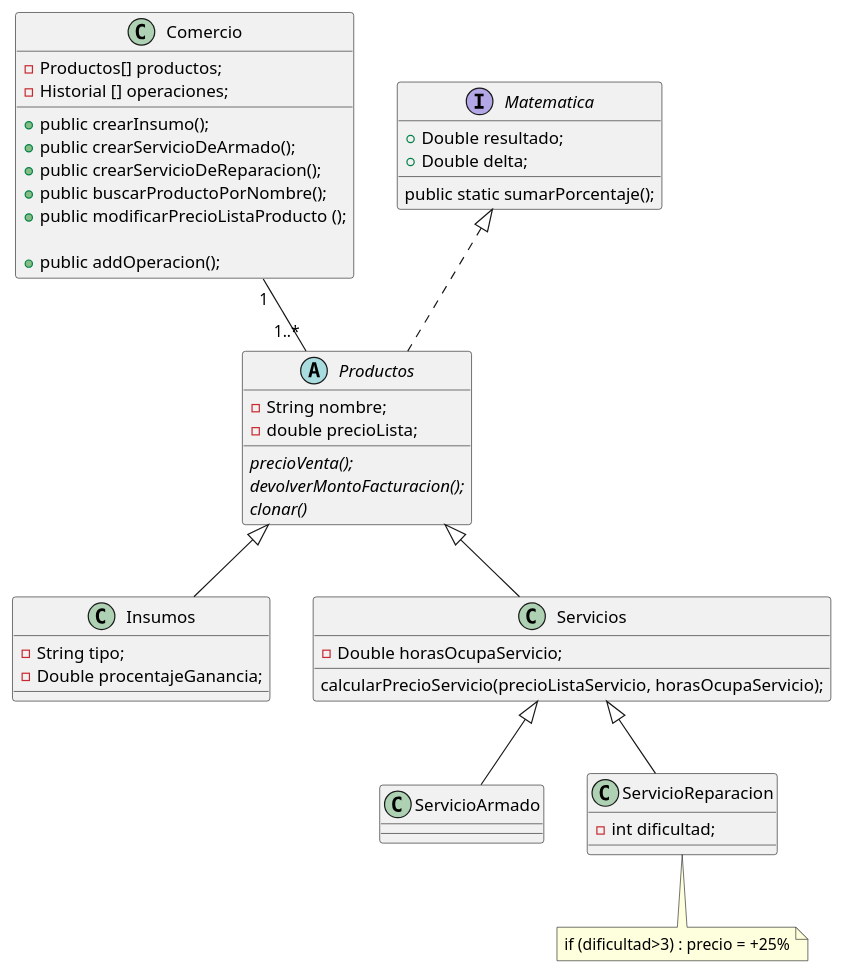
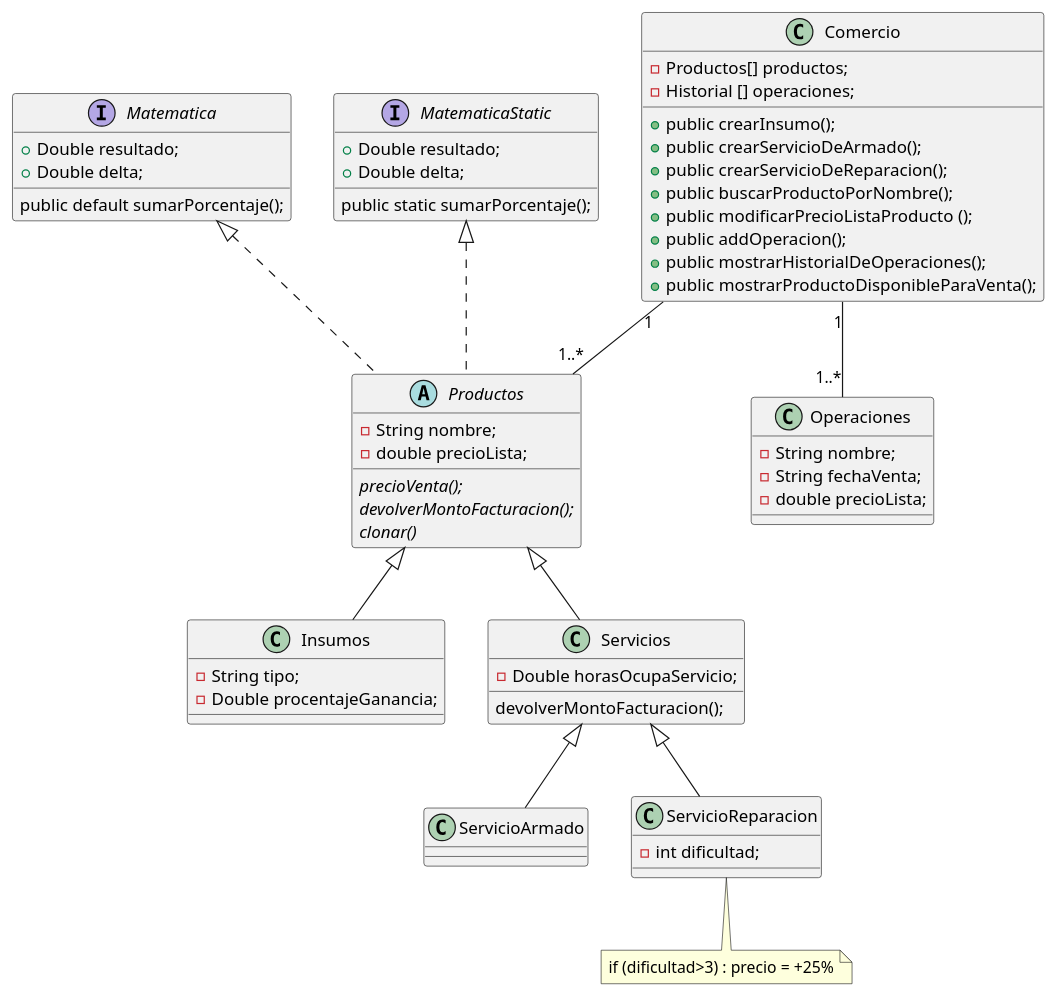
The diagram in src/doc/modelado.puml (h-kANAME/dv-pav-comercio-informatico-lopez-luis), drawn with PlantUML before and after one commit. The commit also changed 8 other files, not shown here.

Commit message:
added Operaciones, MatematicaStatic

```diff
--- a/src/doc/modelado.puml
+++ b/src/doc/modelado.puml
@@ -1,81 +1,98 @@
 @startuml
 
 class Comercio {
 	
 	- Productos[] productos;
 	- Historial [] operaciones;
 	
 	+ public crearInsumo();
 	+ public crearServicioDeArmado();
 	+ public crearServicioDeReparacion();
 	+ public buscarProductoPorNombre();
-	+ public modificarPrecioListaProducto ();
-	
+	+ public modificarPrecioListaProducto ();	
 	+ public addOperacion();
-	
+	+ public mostrarHistorialDeOperaciones();
+	+ public mostrarProductoDisponibleParaVenta();
 	
  
 }
 
 
-abstract class Productos implements Matematica{
+abstract class Productos implements Matematica, MatematicaStatic{
 
 	- String nombre;
 	- double precioLista;
 	
 	{abstract} precioVenta();
 	{abstract} devolverMontoFacturacion();
 	{abstract} clonar()
 
+}
+
+class Operaciones{
+ 	
+ 	- String nombre;
+ 	- String fechaVenta;
+ 	- double precioLista;
+ 	
 }
 
 
 class Insumos{
 
 	- String tipo;
 	- Double procentajeGanancia;
 
 }
 
 class Servicios{
 	
 	- Double horasOcupaServicio;
 	
-	calcularPrecioServicio(precioListaServicio, horasOcupaServicio);
+	devolverMontoFacturacion();
 
 
 }
 
 class ServicioArmado{
 
 
 
 }
 
 class ServicioReparacion{
 	
 	- int dificultad;
 	
 }
 
 interface Matematica{
 	
 	+ Double resultado;
 	+ Double delta;
 
+	public default sumarPorcentaje();
+}
+
+interface MatematicaStatic{
+	
+	+ Double resultado;
+	+ Double delta;
+
 	public static sumarPorcentaje();
 }
 
 note "if (dificultad>3) : precio = +25%" as N1
 
 ServicioReparacion ..down N1
 
+Comercio "1" -- "1..*" Operaciones
 Comercio "1" -- "1..*" Productos
 
 
 Productos <|-- Insumos
 Productos <|-- Servicios
 Servicios <|-- ServicioArmado
 Servicios <|-- ServicioReparacion
 
 @enduml
```
